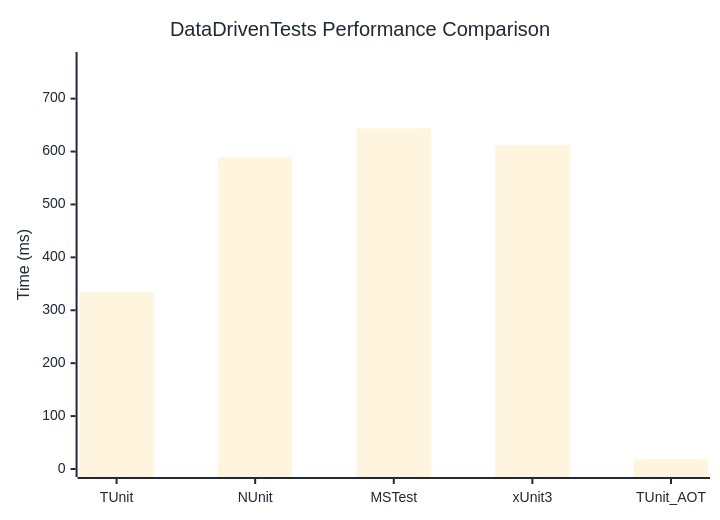
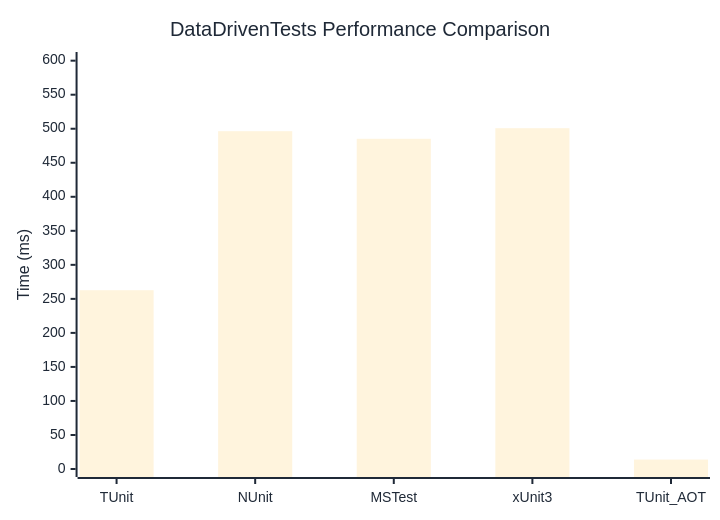
Before and after one commit to thomhurst/TUnit: the diagram in docs/docs/benchmarks/engine/DataDrivenTests.md, drawn with Mermaid. The commit also changed other lines of this file and 18 other files, not shown here.

````diff
--- a/docs/docs/benchmarks/engine/DataDrivenTests.md
+++ b/docs/docs/benchmarks/engine/DataDrivenTests.md
@@ -29,37 +29,37 @@
 ```mermaid
 %%{init: {
   'theme':'base',
   'themeVariables': {
     'primaryColor': '#2563eb',
     'primaryTextColor': '#1f2937',
     'primaryBorderColor': '#1e40af',
     'lineColor': '#6b7280',
     'secondaryColor': '#7c3aed',
     'tertiaryColor': '#dc2626',
     'background': '#ffffff',
     'mainBkg': '#2563eb',
     'secondBkg': '#7c3aed',
     'tertiaryBkg': '#dc2626',
     'clusterBkg': '#f3f4f6',
     'edgeLabelBackground': '#ffffff',
     'tertiaryTextColor': '#1f2937',
     'pie1': '#2563eb',
     'pie2': '#7c3aed',
     'pie3': '#dc2626',
     'pie4': '#f59e0b',
     'pie5': '#10b981',
     'pie6': '#06b6d4',
     'pie7': '#ec4899',
     'pie8': '#6366f1',
     'pie9': '#84cc16',
     'pie10': '#f97316',
     'pie11': '#14b8a6',
     'pie12': '#a855f7'
   }
 }}%%
 xychart-beta
   title "DataDrivenTests Performance Comparison"
   x-axis ["TUnit", "NUnit", "MSTest", "xUnit3", "TUnit_AOT"]
-  y-axis "Time (ms)" 0 --> 773
-  bar [333.55, 588.63, 643.67, 612.5, 18.46]
+  y-axis "Time (ms)" 0 --> 601
+  bar [262.72, 496.4, 485.22, 500.82, 13.86]
 ```
````
